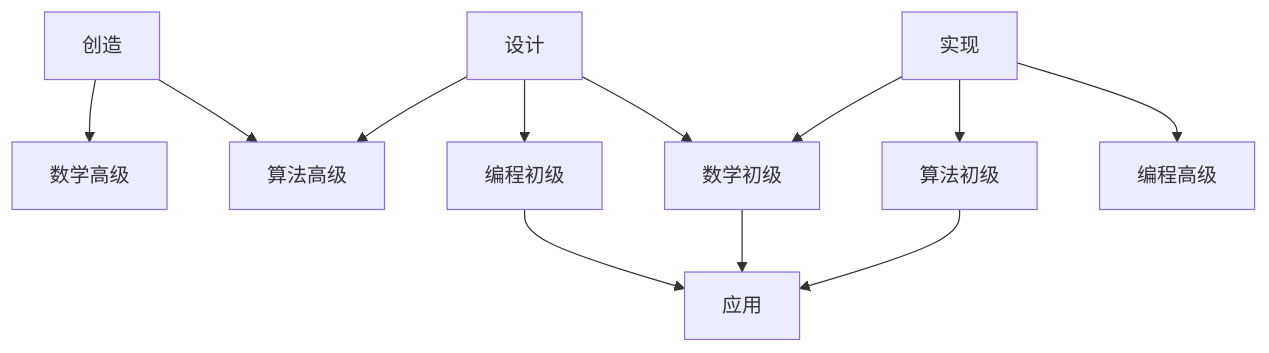
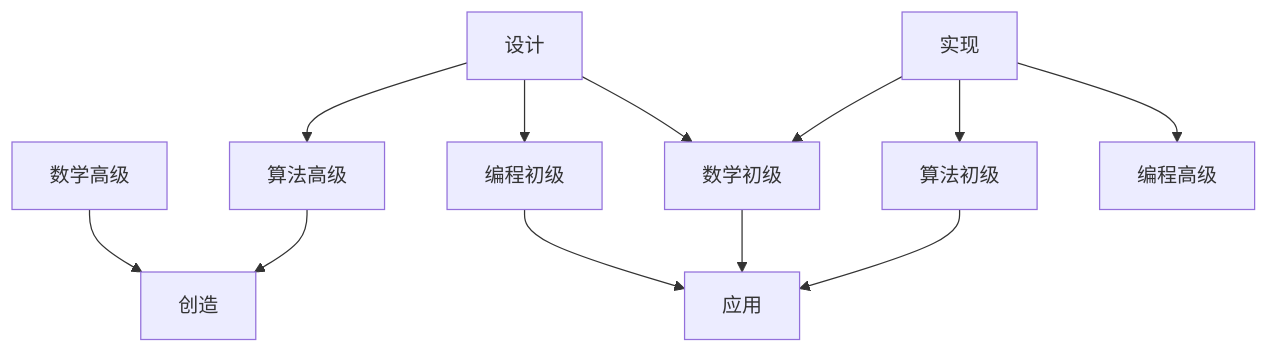
One commit to AI-Papers-Translation/StudyNotes-CN changed the first of 4 diagrams in ML/Skills.md. Above: the diagram before and after it, drawn with Mermaid. The commit also changed other lines of this file, not shown here.

````diff
--- a/ML/Skills.md
+++ b/ML/Skills.md
@@ -3,14 +3,14 @@
 ```mermaid
 graph TD;
-    创造-->算法高级
-    创造-->数学高级
+    数学高级-->创造
+    算法高级-->创造
     设计-->数学初级
     设计-->编程初级
     设计-->算法高级
     实现-->编程高级
     实现-->算法初级
     实现-->数学初级
     数学初级-->应用
     算法初级-->应用
     编程初级-->应用
 ```
````
